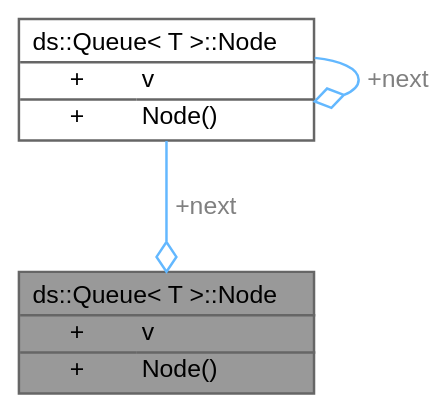
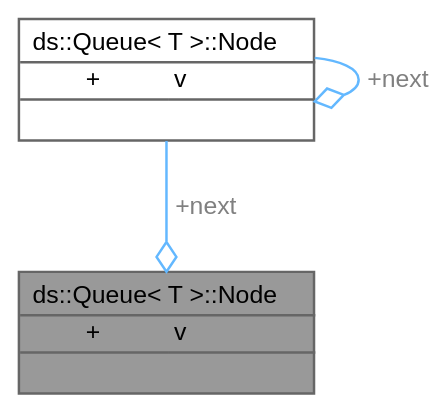
The diagram in docs/doxygenlibwin/rtf/structds_1_1_queue_1_1_node__coll__graph.dot (mustafayldrnn/cen207-2025-2026-5-Mustafa-Yildirimm-cpp), drawn with Graphviz before and after one commit. The commit also changed 861 other files, not shown here.

```diff
--- a/docs/doxygenlibwin/rtf/structds_1_1_queue_1_1_node__coll__graph.dot
+++ b/docs/doxygenlibwin/rtf/structds_1_1_queue_1_1_node__coll__graph.dot
@@ -1,26 +1,26 @@
 digraph "ds::Queue&lt; T &gt;::Node"
 {
  // INTERACTIVE_SVG=YES
  // LATEX_PDF_SIZE
   bgcolor="transparent";
   edge [fontname=Helvetica,fontsize=10,labelfontname=Helvetica,labelfontsize=10];
   node [fontname=Helvetica,fontsize=10,shape=box,height=0.2,width=0.4];
   Node1 [id="Node000001",shape=plain,label=<<TABLE CELLBORDER="0" BORDER="1"><TR><TD COLSPAN="2" CELLPADDING="1" CELLSPACING="0">ds::Queue&lt; T &gt;::Node</TD></TR>
 <HR/>
 <TR><TD VALIGN="top" CELLPADDING="1" CELLSPACING="0">+</TD><TD VALIGN="top" ALIGN="LEFT" CELLPADDING="1" CELLSPACING="0">v<BR ALIGN="LEFT"/></TD></TR>
 <HR/>
-<TR><TD VALIGN="top" CELLPADDING="1" CELLSPACING="0">+</TD><TD VALIGN="top" ALIGN="LEFT" CELLPADDING="1" CELLSPACING="0">Node()<BR ALIGN="LEFT"/></TD></TR>
+<TR><TD COLSPAN="2" CELLPADDING="1" CELLSPACING="0">&nbsp;</TD></TR>
 </TABLE>>
-,height=0.2,width=0.4,color="gray40", fillcolor="grey60", style="filled", fontcolor="black",tooltip=" "];
+,height=0.2,width=0.4,color="gray40", fillcolor="grey60", style="filled", fontcolor="black",tooltip="Bağlı liste düğümü."];
   Node2 -> Node1 [id="edge5_Node000001_Node000002",color="steelblue1",style="solid",tooltip=" ",label=<<TABLE CELLBORDER="0" BORDER="0"><TR><TD VALIGN="top" ALIGN="LEFT" CELLPADDING="1" CELLSPACING="0">+next</TD></TR>
 </TABLE>> ,fontcolor="grey" ,arrowhead="odiamond"];
   Node2 [id="Node000002",shape=plain,label=<<TABLE CELLBORDER="0" BORDER="1"><TR><TD COLSPAN="2" CELLPADDING="1" CELLSPACING="0">ds::Queue&lt; T &gt;::Node</TD></TR>
 <HR/>
 <TR><TD VALIGN="top" CELLPADDING="1" CELLSPACING="0">+</TD><TD VALIGN="top" ALIGN="LEFT" CELLPADDING="1" CELLSPACING="0">v<BR ALIGN="LEFT"/></TD></TR>
 <HR/>
-<TR><TD VALIGN="top" CELLPADDING="1" CELLSPACING="0">+</TD><TD VALIGN="top" ALIGN="LEFT" CELLPADDING="1" CELLSPACING="0">Node()<BR ALIGN="LEFT"/></TD></TR>
+<TR><TD COLSPAN="2" CELLPADDING="1" CELLSPACING="0">&nbsp;</TD></TR>
 </TABLE>>
-,height=0.2,width=0.4,color="gray40", fillcolor="white", style="filled",URL="$structds_1_1_queue_1_1_node.html",tooltip=" "];
+,height=0.2,width=0.4,color="gray40", fillcolor="white", style="filled",URL="$structds_1_1_queue_1_1_node.html",tooltip="Bağlı liste düğümü."];
   Node2 -> Node2 [id="edge6_Node000002_Node000002",color="steelblue1",style="solid",tooltip=" ",label=<<TABLE CELLBORDER="0" BORDER="0"><TR><TD VALIGN="top" ALIGN="LEFT" CELLPADDING="1" CELLSPACING="0">+next</TD></TR>
 </TABLE>> ,fontcolor="grey" ,arrowhead="odiamond"];
 }
```
